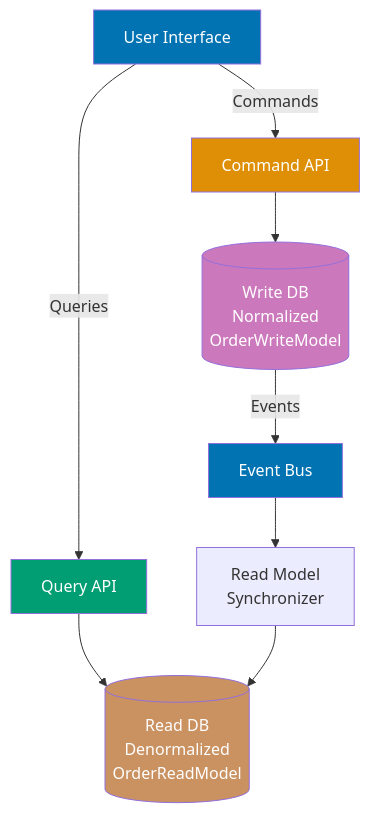
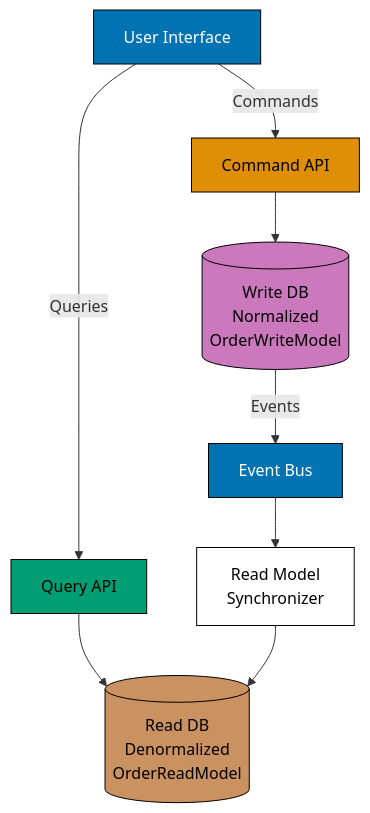
Before and after one commit to wahidyankf/ose-public: diagram 11 of 13 in apps/ayokoding-www/content/en/learn/legacy/software-engineering/platforms/web/tools/jvm-spring-boot/by-example/advanced.md, drawn with Mermaid. The commit also changed other lines of this file and 130 other files, not shown here.

First line of the commit message:
fix(mermaid): bring the legacy platforms diagrams onto the accessible palette

````diff
--- a/apps/ayokoding-www/content/en/learn/legacy/software-engineering/platforms/web/tools/jvm-spring-boot/by-example/advanced.md
+++ b/apps/ayokoding-www/content/en/learn/legacy/software-engineering/platforms/web/tools/jvm-spring-boot/by-example/advanced.md
@@ -4363,22 +4425,30 @@
 ```mermaid
 %% Color Palette: Blue #0173B2, Orange #DE8F05, Teal #029E73, Purple #CC78BC, Brown #CA9161
 flowchart TD
+    accTitle: Example 64: CQRS Pattern - Command Query Responsibility Segregation
+    accDescr: Flowchart with 7 nodes and 7 connections. Nodes: User Interface, Command API, Query API, Write DB Normalized OrderWriteModel, Read DB Denormalized OrderReadModel, Event Bus, Read Model Synchronizer. Connections: User Interface to Command API (Commands), User Interface to Query API (Queries), Command API to Write DB Normalized OrderWriteModel, Query API to Read DB Denormalized OrderReadModel, Write DB Normalized OrderWriteModel to Event Bus (Events), Event Bus to Read Model Synchronizer, Read Model Synchronizer to Read DB Denormalized OrderReadModel.
     UI[User Interface]
 
     UI -->|Commands| CommandAPI[Command API]
     UI -->|Queries| QueryAPI[Query API]
 
     CommandAPI --> WriteDB[(Write DB<br/>Normalized<br/>OrderWriteModel)]
     QueryAPI --> ReadDB[(Read DB<br/>Denormalized<br/>OrderReadModel)]
 
     WriteDB -->|Events| EventBus[Event Bus]
     EventBus --> ReadSync[Read Model<br/>Synchronizer]
     ReadSync --> ReadDB
 
-    style UI fill:#0173B2,color:#fff
-    style CommandAPI fill:#DE8F05,color:#fff
-    style QueryAPI fill:#029E73,color:#fff
-    style WriteDB fill:#CC78BC,color:#fff
-    style ReadDB fill:#CA9161,color:#fff
-    style EventBus fill:#0173B2,color:#fff
+    classDef pal-0173B2 fill:#0173B2,stroke:#000000,color:#FFFFFF
+    class UI pal-0173B2
+    classDef pal-DE8F05 fill:#DE8F05,stroke:#000000,color:#000000
+    class CommandAPI pal-DE8F05
+    classDef pal-029E73 fill:#029E73,stroke:#000000,color:#000000
+    class QueryAPI pal-029E73
+    classDef pal-CC78BC fill:#CC78BC,stroke:#000000,color:#000000
+    class WriteDB pal-CC78BC
+    classDef pal-CA9161 fill:#CA9161,stroke:#000000,color:#000000
+    class ReadDB pal-CA9161
+    class EventBus pal-0173B2
+    classDef default fill:#FFFFFF,stroke:#000000,color:#000000
 ```
````
